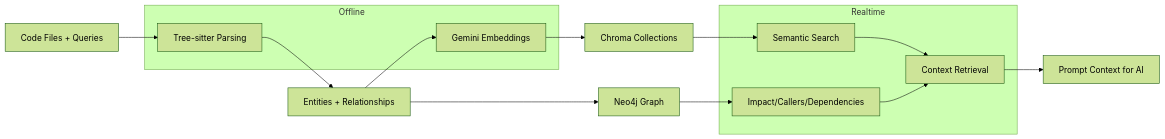
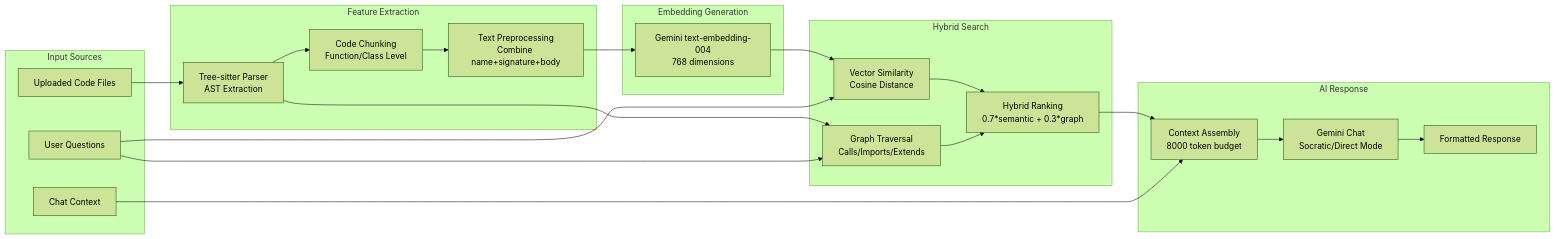
The fourth of 6 diagrams in README.md (Ishan-K9868/socraticDev-final), drawn with Mermaid (forest theme) before and after one commit. The commit also changed other lines of this file, not shown here.

````diff
--- a/README.md
+++ b/README.md
@@ -253,22 +383,41 @@
 ```mermaid
 flowchart LR
-  Inputs[Code Files + Queries] --> Parse[Tree-sitter Parsing]
-  Parse --> Entities[Entities + Relationships]
-  Entities --> Embed[Gemini Embeddings]
-  Embed --> VectorStore[Chroma Collections]
-  Entities --> GraphStore[Neo4j Graph]
-  VectorStore --> Search[Semantic Search]
-  GraphStore --> Impact[Impact/Callers/Dependencies]
-  Search --> Context[Context Retrieval]
-  Impact --> Context
-  Context --> Output[Prompt Context for AI]
-  subgraph Offline
-    Parse
-    Embed
-  end
-  subgraph Realtime
-    Search
-    Impact
-    Context
-  end
+    subgraph Input["Input Sources"]
+        CODE[Uploaded Code Files]
+        QUERY[User Questions]
+        CHAT[Chat Context]
+    end
+
+    subgraph Processing["Feature Extraction"]
+        PARSE[Tree-sitter Parser<br/>AST Extraction]
+        CHUNK[Code Chunking<br/>Function/Class Level]
+        PREP[Text Preprocessing<br/>Combine name+signature+body]
+    end
+
+    subgraph Embedding["Embedding Generation"]
+        GEMINI_E[Gemini text-embedding-004<br/>768 dimensions]
+    end
+
+    subgraph Search["Hybrid Search"]
+        VEC[Vector Similarity<br/>Cosine Distance]
+        GRAPH[Graph Traversal<br/>Calls/Imports/Extends]
+        RANK[Hybrid Ranking<br/>0.7*semantic + 0.3*graph]
+    end
+
+    subgraph Output["AI Response"]
+        CTX[Context Assembly<br/>8000 token budget]
+        GEMINI_C[Gemini Chat<br/>Socratic/Direct Mode]
+        RESP[Formatted Response]
+    end
+
+    CODE --> PARSE --> CHUNK --> PREP --> GEMINI_E
+    GEMINI_E --> VEC
+    PARSE --> GRAPH
+    QUERY --> VEC
+    QUERY --> GRAPH
+    VEC --> RANK
+    GRAPH --> RANK
+    RANK --> CTX
+    CHAT --> CTX
+    CTX --> GEMINI_C --> RESP
 ```
````
